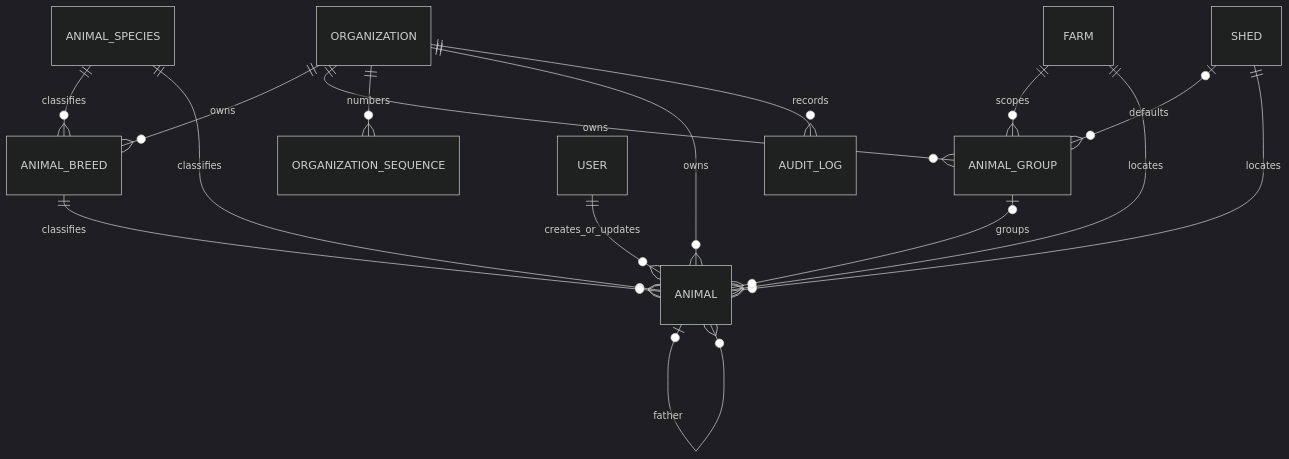
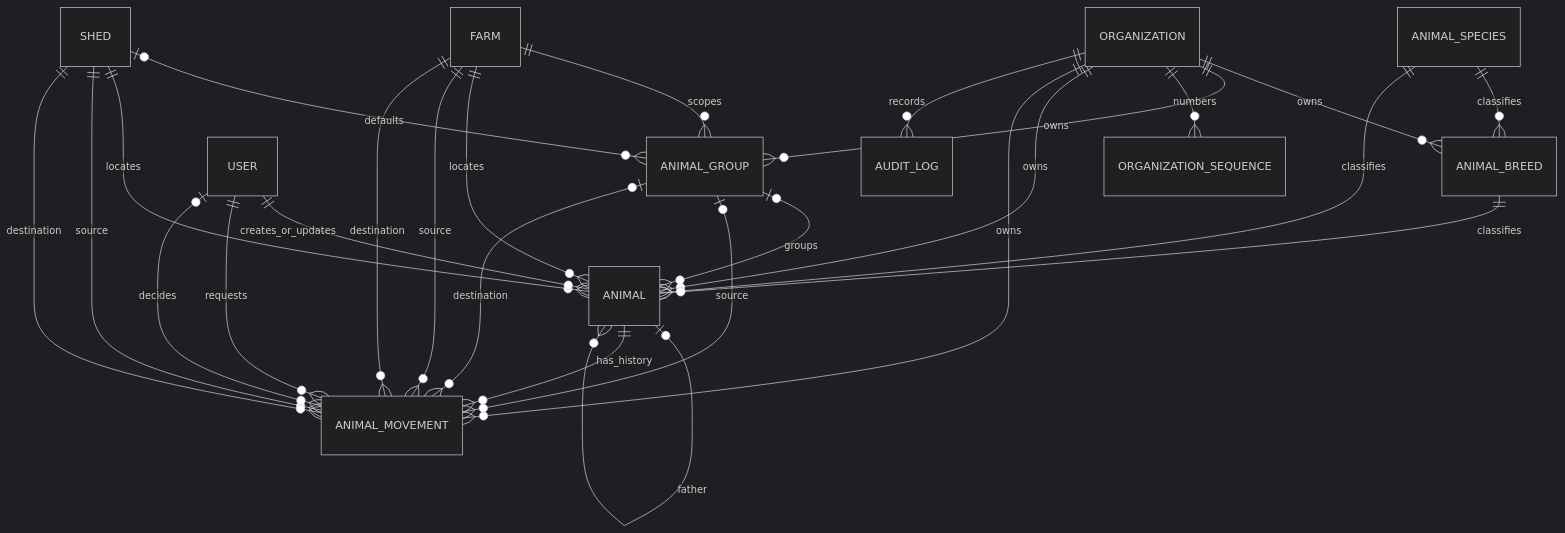
Before and after one commit to DairyFarmApp/DairyApp: the first of 2 diagrams in docs/architecture/ERD.md, drawn with Mermaid (dark theme). The commit also changed other lines of this file and 70 other files, not shown here.

Commit message:
feat: implement phase 2b animal movement workflow

````diff
--- a/docs/architecture/ERD.md
+++ b/docs/architecture/ERD.md
@@ -5,19 +5,29 @@
 ```mermaid
 erDiagram
   ORGANIZATION ||--o{ ANIMAL_BREED : owns
   ANIMAL_SPECIES ||--o{ ANIMAL_BREED : classifies
   ORGANIZATION ||--o{ ANIMAL_GROUP : owns
   FARM ||--o{ ANIMAL_GROUP : scopes
   SHED o|--o{ ANIMAL_GROUP : defaults
   ORGANIZATION ||--o{ ORGANIZATION_SEQUENCE : numbers
   ORGANIZATION ||--o{ ANIMAL : owns
   ANIMAL_SPECIES ||--o{ ANIMAL : classifies
   ANIMAL_BREED ||--o{ ANIMAL : classifies
   FARM ||--o{ ANIMAL : locates
   SHED ||--o{ ANIMAL : locates
   ANIMAL_GROUP o|--o{ ANIMAL : groups
   ANIMAL o|--o{ ANIMAL : mother
   ANIMAL o|--o{ ANIMAL : father
   USER ||--o{ ANIMAL : creates_or_updates
+  ANIMAL ||--o{ ANIMAL_MOVEMENT : has_history
+  ORGANIZATION ||--o{ ANIMAL_MOVEMENT : owns
+  FARM ||--o{ ANIMAL_MOVEMENT : source
+  FARM ||--o{ ANIMAL_MOVEMENT : destination
+  SHED ||--o{ ANIMAL_MOVEMENT : source
+  SHED ||--o{ ANIMAL_MOVEMENT : destination
+  ANIMAL_GROUP o|--o{ ANIMAL_MOVEMENT : source
+  ANIMAL_GROUP o|--o{ ANIMAL_MOVEMENT : destination
+  USER ||--o{ ANIMAL_MOVEMENT : requests
+  USER o|--o{ ANIMAL_MOVEMENT : decides
   ORGANIZATION ||--o{ AUDIT_LOG : records
 ```
````
